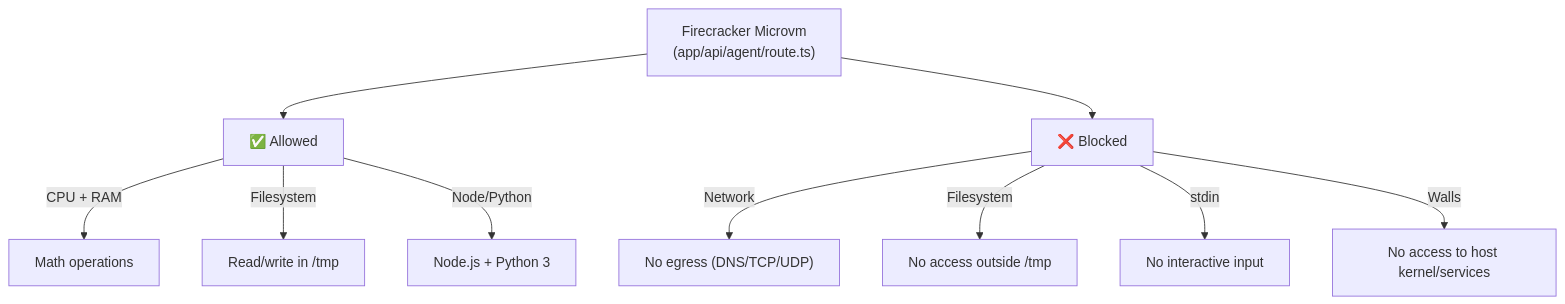
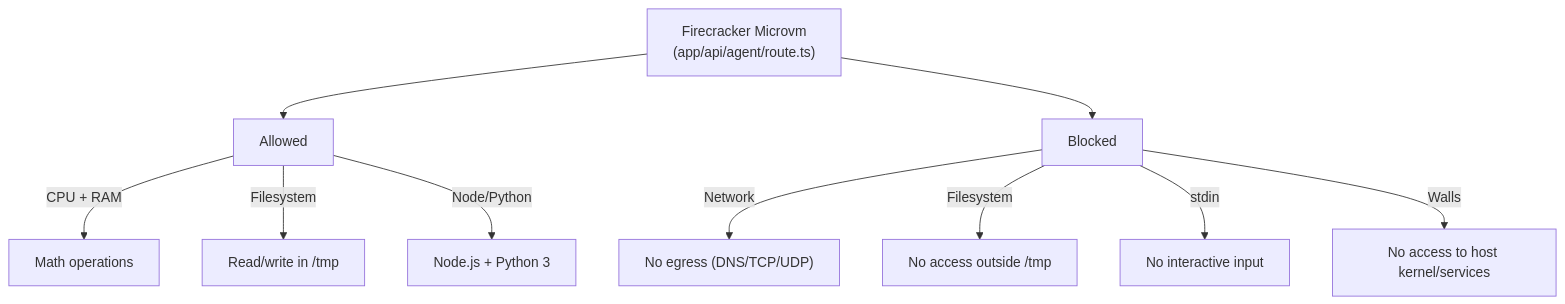
Before and after one commit to ramirez-ai-labs/vercel-agent-demo: the third of 4 diagrams in README.md, drawn with Mermaid.

Commit message:
docs: harden isolation-model mermaid diagram against GitHub render bug
The isolation-model diagram still failed to render on GitHub after the
ID rename (Cannot read properties of undefined (reading 'render')),
even though it parses fine locally against mermaid 10.x and 11.x. This
points to a GitHub-side rendering quirk rather than invalid syntax,
most commonly reported with emoji in node labels and unquoted
slash-containing edge labels. Dropped the checkmark/cross emoji from
the Allowed/Blocked nodes and quoted all edge labels as a defensive
fix.

````diff
--- a/README.md
+++ b/README.md
@@ -92,19 +92,19 @@
 ```mermaid
 graph TB
     SandboxVM["Firecracker Microvm<br/>(app/api/agent/route.ts)"]
     
-    Allowed["✅ Allowed"]
-    Blocked["❌ Blocked"]
+    Allowed["Allowed"]
+    Blocked["Blocked"]
     
-    Allowed -->|CPU + RAM| Math["Math operations"]
-    Allowed -->|Filesystem| Work["Read/write in /tmp"]
-    Allowed -->|Node/Python| Run["Node.js + Python 3"]
+    Allowed -->|"CPU + RAM"| Math["Math operations"]
+    Allowed -->|"Filesystem"| Work["Read/write in /tmp"]
+    Allowed -->|"Node/Python"| Run["Node.js + Python 3"]
     
-    Blocked -->|Network| NoNet["No egress (DNS/TCP/UDP)"]
-    Blocked -->|Filesystem| NoFS["No access outside /tmp"]
-    Blocked -->|stdin| NoInput["No interactive input"]
-    Blocked -->|Walls| System["No access to host kernel/services"]
+    Blocked -->|"Network"| NoNet["No egress (DNS/TCP/UDP)"]
+    Blocked -->|"Filesystem"| NoFS["No access outside /tmp"]
+    Blocked -->|"stdin"| NoInput["No interactive input"]
+    Blocked -->|"Walls"| System["No access to host kernel/services"]
     
     SandboxVM --> Allowed
     SandboxVM --> Blocked
 ```
````
